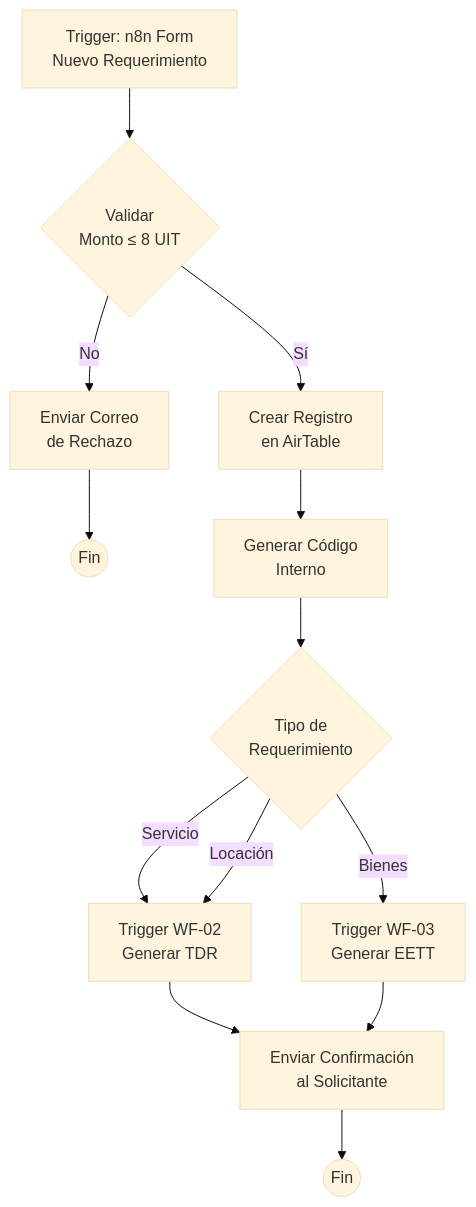
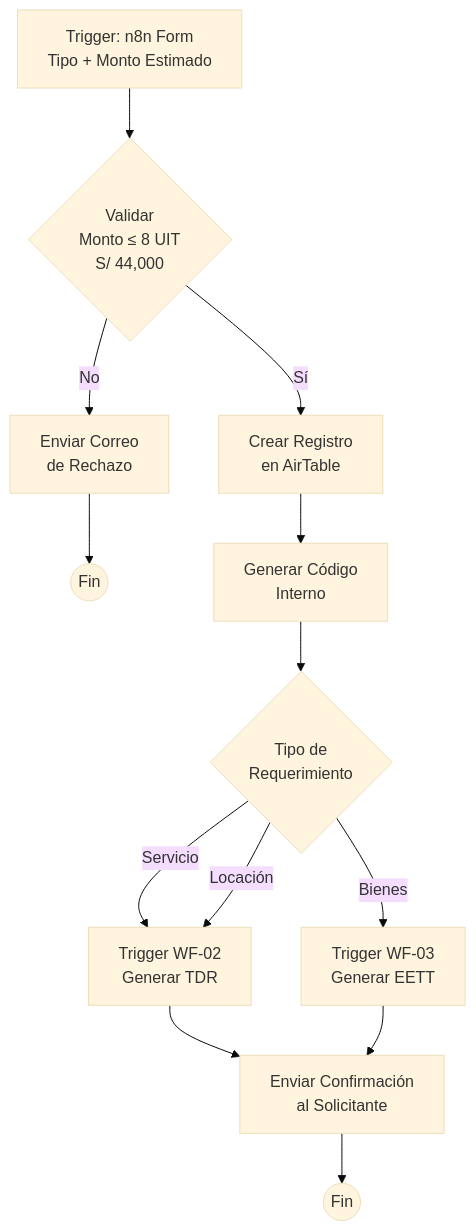
The eighth of 21 diagrams in README.md (lfam200/WorkFlow-n8n), drawn with Mermaid (base theme) before and after one commit. The commit also changed other lines of this file, not shown here.

````diff
--- a/README.md
+++ b/README.md
@@ -648,19 +762,19 @@
 ```mermaid
 flowchart TD
-    A[Trigger: n8n Form<br/>Nuevo Requerimiento] --> B{Validar<br/>Monto ≤ 8 UIT}
+    A[Trigger: n8n Form<br/>Tipo + Monto Estimado] --> B{Validar<br/>Monto ≤ 8 UIT<br/>S/ 44,000}
     
     B -->|No| C[Enviar Correo<br/>de Rechazo]
     C --> D((Fin))
     
     B -->|Sí| E[Crear Registro<br/>en AirTable]
     E --> F[Generar Código<br/>Interno]
     F --> G{Tipo de<br/>Requerimiento}
     
     G -->|Servicio| H[Trigger WF-02<br/>Generar TDR]
     G -->|Bienes| I[Trigger WF-03<br/>Generar EETT]
     G -->|Locación| H
     
     H --> J[Enviar Confirmación<br/>al Solicitante]
     I --> J
     J --> K((Fin))
 ```
````
